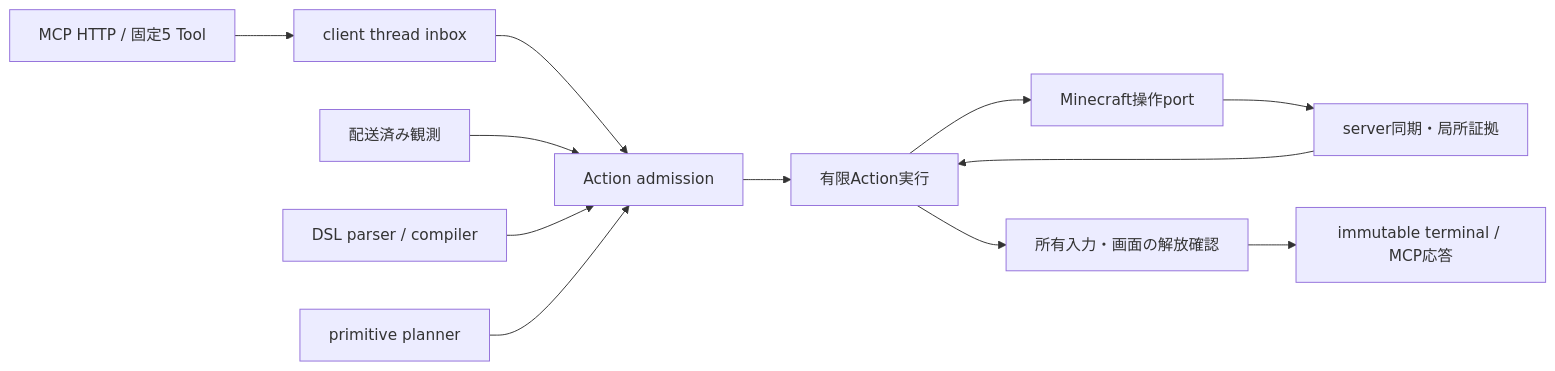
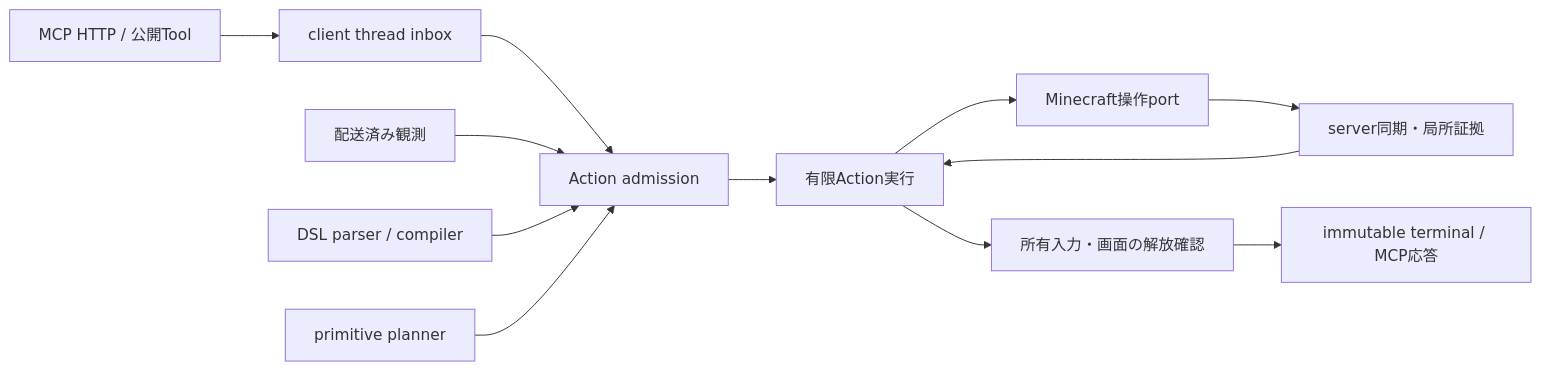
Before and after one commit to Aodaruma/mcmcp: the diagram in docs/CODE_MAP.md, drawn with Mermaid. The commit also changed other lines of this file and 20 other files, not shown here.

Commit message:
feat(api-v2): add compact MCP status tool

````diff
--- a/docs/CODE_MAP.md
+++ b/docs/CODE_MAP.md
@@ -9,14 +9,14 @@
 ```mermaid
 flowchart LR
-    HTTP[MCP HTTP / 固定5 Tool] --> Inbox[client thread inbox]
+    HTTP[MCP HTTP / 公開Tool] --> Inbox[client thread inbox]
     Inbox --> Admission[Action admission]
     Observation[配送済み観測] --> Admission
     DSL[DSL parser / compiler] --> Admission
     Planner[primitive planner] --> Admission
     Admission --> Execution[有限Action実行]
     Execution --> Ports[Minecraft操作port]
     Ports --> Evidence[server同期・局所証拠]
     Evidence --> Execution
     Execution --> Cleanup[所有入力・画面の解放確認]
     Cleanup --> Result[immutable terminal / MCP応答]
 ```
````
